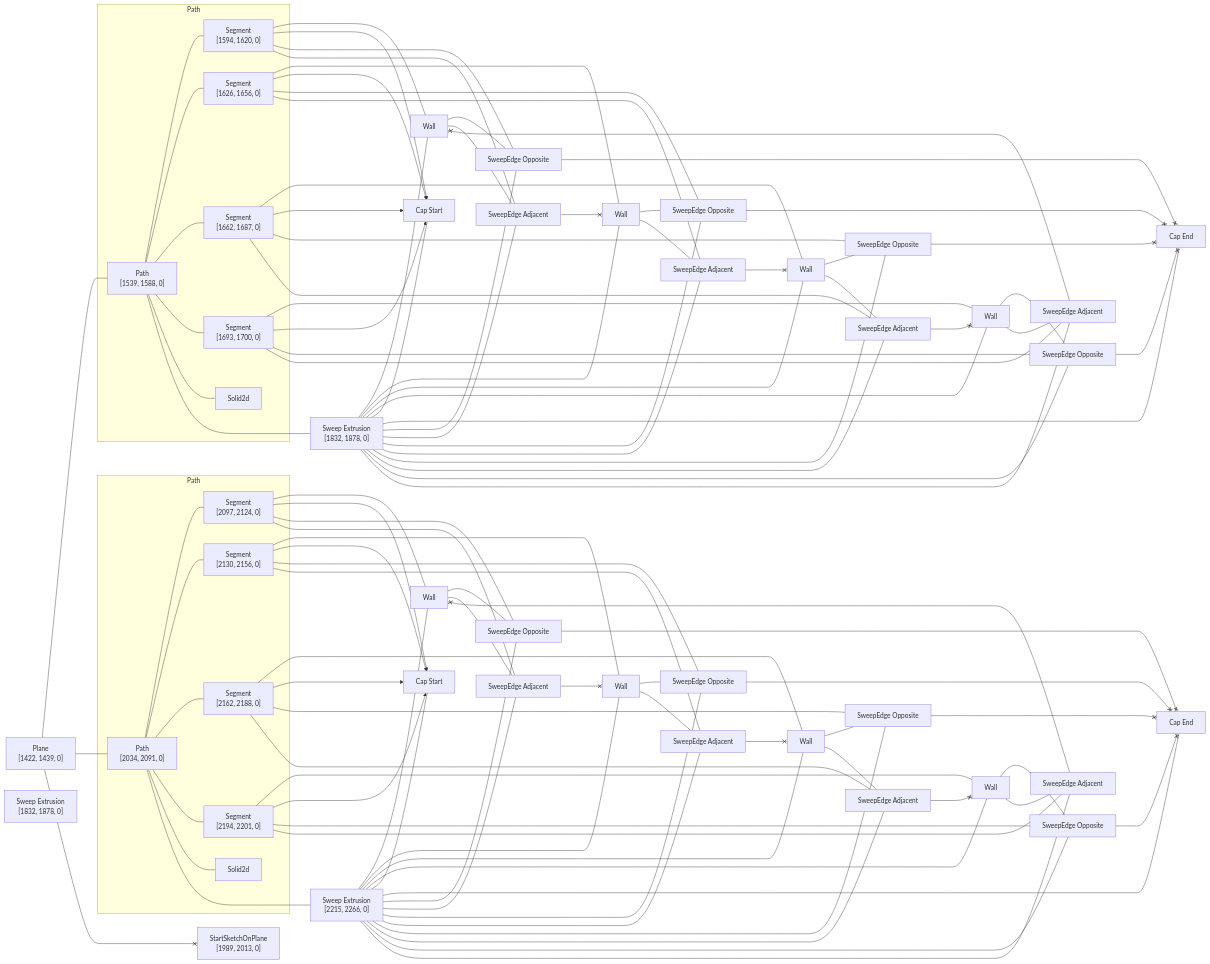
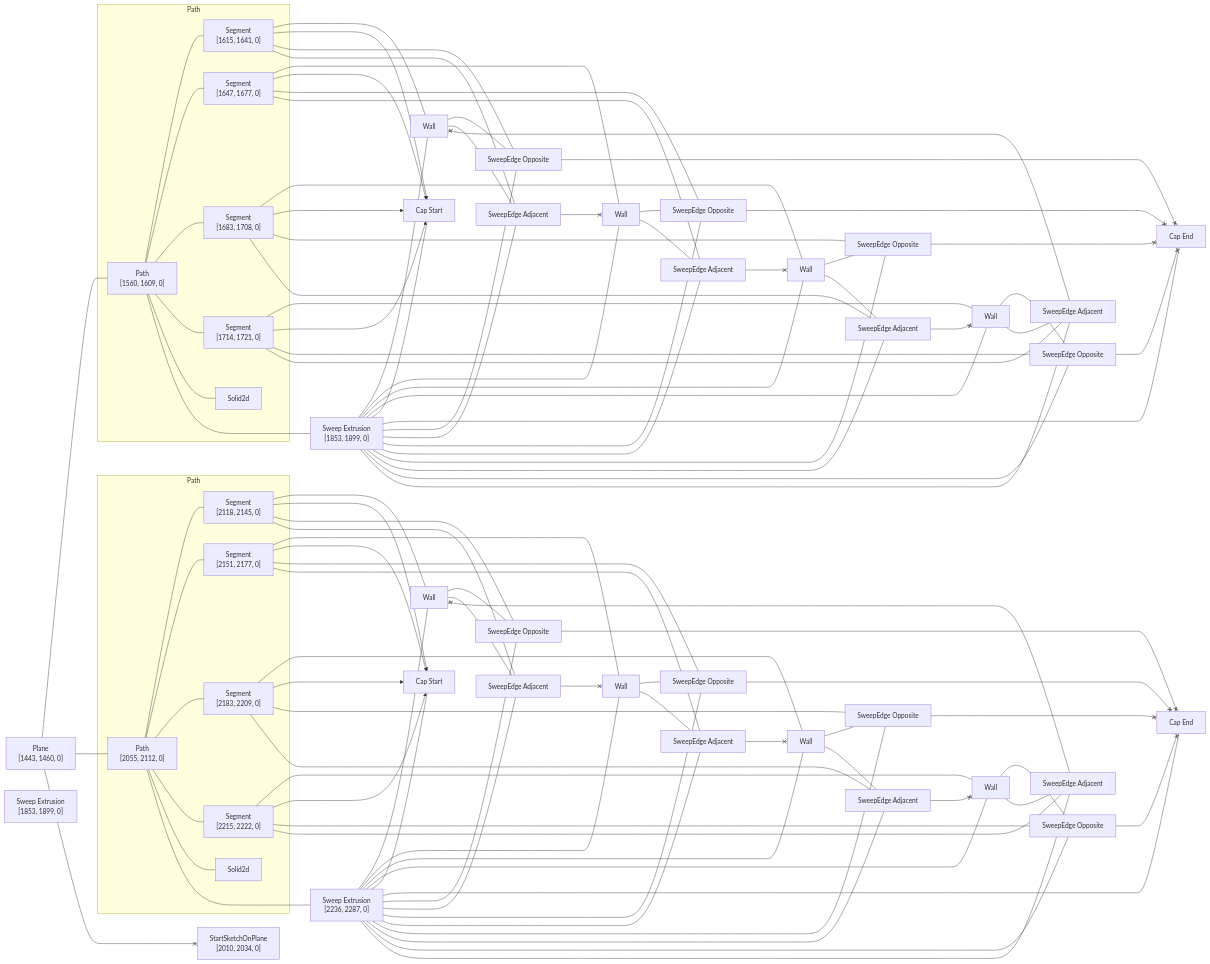
The diagram in rust/kcl-lib/tests/kcl_samples/modular-shelf-grid/artifact_graph_flowchart.snap.md (KittyCAD/modeling-app), drawn with Mermaid before and after one commit. The commit also changed 319 other files, not shown here.

````diff
--- a/rust/kcl-lib/tests/kcl_samples/modular-shelf-grid/artifact_graph_flowchart.snap.md
+++ b/rust/kcl-lib/tests/kcl_samples/modular-shelf-grid/artifact_graph_flowchart.snap.md
@@ -1,34 +1,34 @@
 ```mermaid
 flowchart LR
   subgraph path2 [Path]
-    2["Path<br>[1539, 1588, 0]"]
+    2["Path<br>[1560, 1609, 0]"]
       %% [ProgramBodyItem { index: 12 }, VariableDeclarationDeclaration, VariableDeclarationInit, PipeBodyItem { index: 0 }]
-    3["Segment<br>[1594, 1620, 0]"]
+    3["Segment<br>[1615, 1641, 0]"]
       %% [ProgramBodyItem { index: 12 }, VariableDeclarationDeclaration, VariableDeclarationInit, PipeBodyItem { index: 1 }]
-    4["Segment<br>[1626, 1656, 0]"]
+    4["Segment<br>[1647, 1677, 0]"]
       %% [ProgramBodyItem { index: 12 }, VariableDeclarationDeclaration, VariableDeclarationInit, PipeBodyItem { index: 2 }]
-    5["Segment<br>[1662, 1687, 0]"]
+    5["Segment<br>[1683, 1708, 0]"]
       %% [ProgramBodyItem { index: 12 }, VariableDeclarationDeclaration, VariableDeclarationInit, PipeBodyItem { index: 3 }]
-    6["Segment<br>[1693, 1700, 0]"]
+    6["Segment<br>[1714, 1721, 0]"]
       %% [ProgramBodyItem { index: 12 }, VariableDeclarationDeclaration, VariableDeclarationInit, PipeBodyItem { index: 4 }]
     7[Solid2d]
   end
   subgraph path24 [Path]
-    24["Path<br>[2034, 2091, 0]"]
+    24["Path<br>[2055, 2112, 0]"]
       %% [ProgramBodyItem { index: 15 }, VariableDeclarationDeclaration, VariableDeclarationInit, PipeBodyItem { index: 0 }]
-    25["Segment<br>[2097, 2124, 0]"]
+    25["Segment<br>[2118, 2145, 0]"]
       %% [ProgramBodyItem { index: 15 }, VariableDeclarationDeclaration, VariableDeclarationInit, PipeBodyItem { index: 1 }]
-    26["Segment<br>[2130, 2156, 0]"]
+    26["Segment<br>[2151, 2177, 0]"]
       %% [ProgramBodyItem { index: 15 }, VariableDeclarationDeclaration, VariableDeclarationInit, PipeBodyItem { index: 2 }]
-    27["Segment<br>[2162, 2188, 0]"]
+    27["Segment<br>[2183, 2209, 0]"]
       %% [ProgramBodyItem { index: 15 }, VariableDeclarationDeclaration, VariableDeclarationInit, PipeBodyItem { index: 3 }]
-    28["Segment<br>[2194, 2201, 0]"]
+    28["Segment<br>[2215, 2222, 0]"]
       %% [ProgramBodyItem { index: 15 }, VariableDeclarationDeclaration, VariableDeclarationInit, PipeBodyItem { index: 4 }]
     29[Solid2d]
   end
-  1["Plane<br>[1422, 1439, 0]"]
+  1["Plane<br>[1443, 1460, 0]"]
     %% [ProgramBodyItem { index: 11 }, VariableDeclarationDeclaration, VariableDeclarationInit]
-  8["Sweep Extrusion<br>[1832, 1878, 0]"]
+  8["Sweep Extrusion<br>[1853, 1899, 0]"]
     %% [ProgramBodyItem { index: 13 }, VariableDeclarationDeclaration, VariableDeclarationInit]
   9[Wall]
     %% face_code_ref=Missing NodePath
@@ -50,9 +50,9 @@
   20["SweepEdge Adjacent"]
   21["SweepEdge Opposite"]
   22["SweepEdge Adjacent"]
-  23["Sweep Extrusion<br>[1832, 1878, 0]"]
+  23["Sweep Extrusion<br>[1853, 1899, 0]"]
     %% [ProgramBodyItem { index: 13 }, VariableDeclarationDeclaration, VariableDeclarationInit]
-  30["Sweep Extrusion<br>[2215, 2266, 0]"]
+  30["Sweep Extrusion<br>[2236, 2287, 0]"]
     %% [ProgramBodyItem { index: 16 }, VariableDeclarationDeclaration, VariableDeclarationInit]
   31[Wall]
     %% face_code_ref=Missing NodePath
@@ -74,7 +74,7 @@
   42["SweepEdge Adjacent"]
   43["SweepEdge Opposite"]
   44["SweepEdge Adjacent"]
-  45["StartSketchOnPlane<br>[1989, 2013, 0]"]
+  45["StartSketchOnPlane<br>[2010, 2034, 0]"]
     %% [ProgramBodyItem { index: 14 }, VariableDeclarationDeclaration, VariableDeclarationInit]
   1 --- 2
   1 --- 24
````
